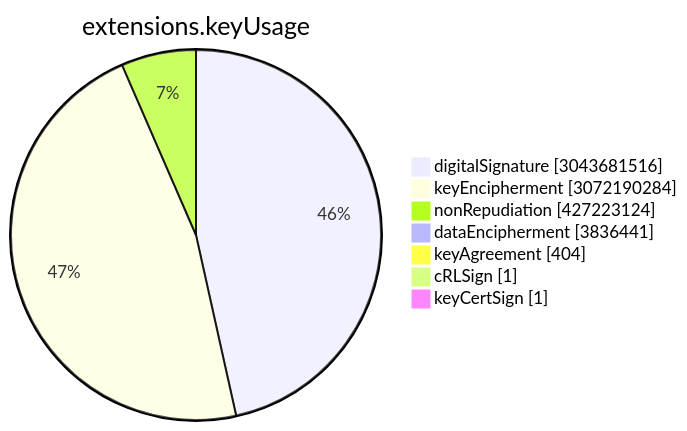
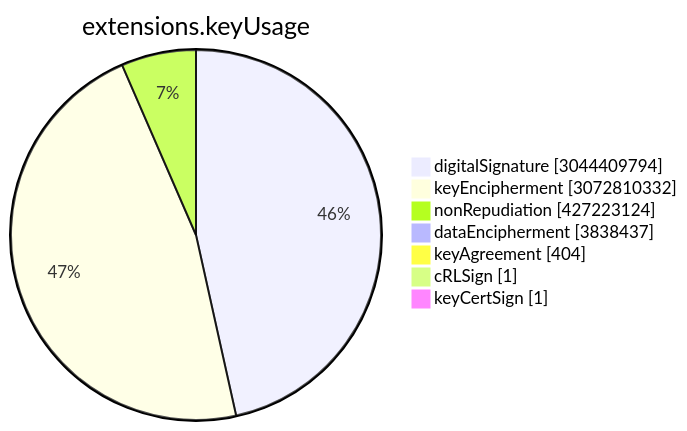
One commit to christiankrug/ctmonitor_visualization changed the sixth of 15 diagrams in TOTAL/README.md. Above: the diagram before and after it, drawn with Mermaid. The commit also changed other lines of this file, not shown here.

````diff
--- a/TOTAL/README.md
+++ b/TOTAL/README.md
@@ -3077,11 +3077,11 @@
 ```mermaid
 pie showData
 title extensions.keyUsage
-"digitalSignature" :3043681516
-"keyEncipherment" :3072190284
+"digitalSignature" :3044409794
+"keyEncipherment" :3072810332
 "nonRepudiation" :427223124
-"dataEncipherment" :3836441
+"dataEncipherment" :3838437
 "keyAgreement" :404
 "cRLSign" :1
 "keyCertSign" :1
 ```
````
